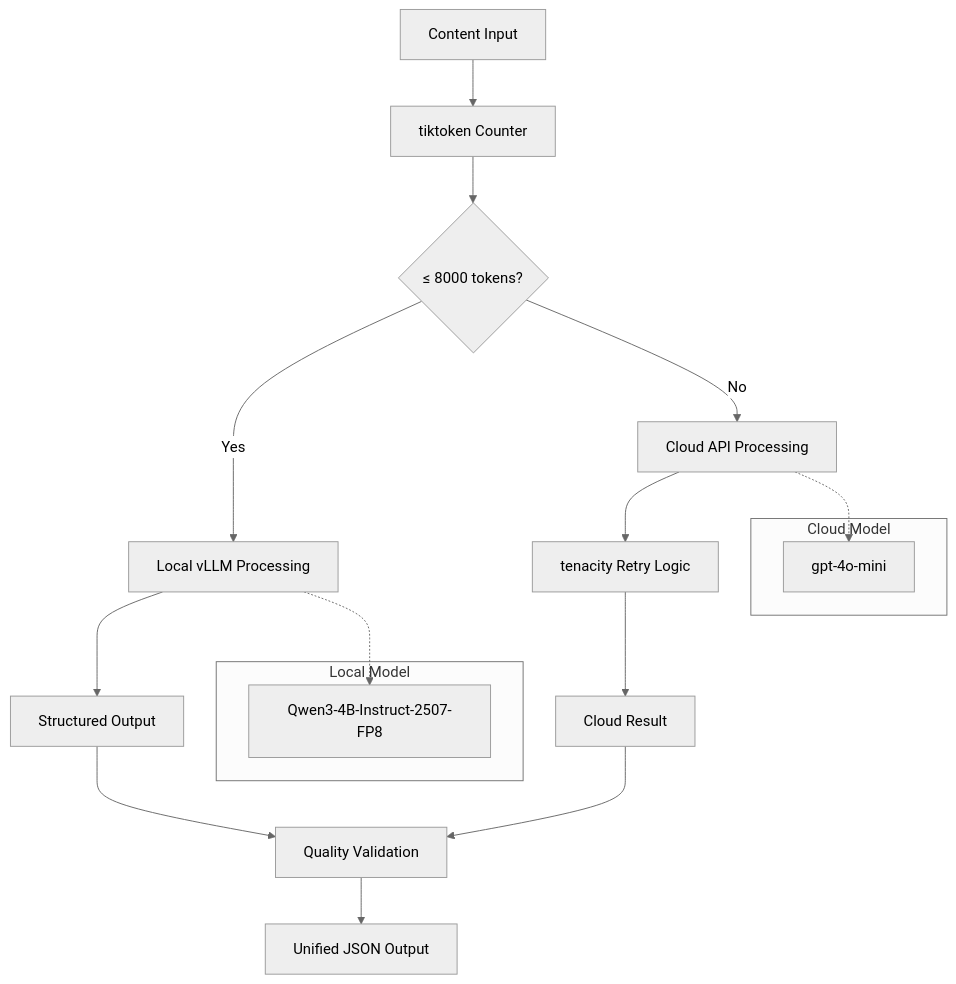
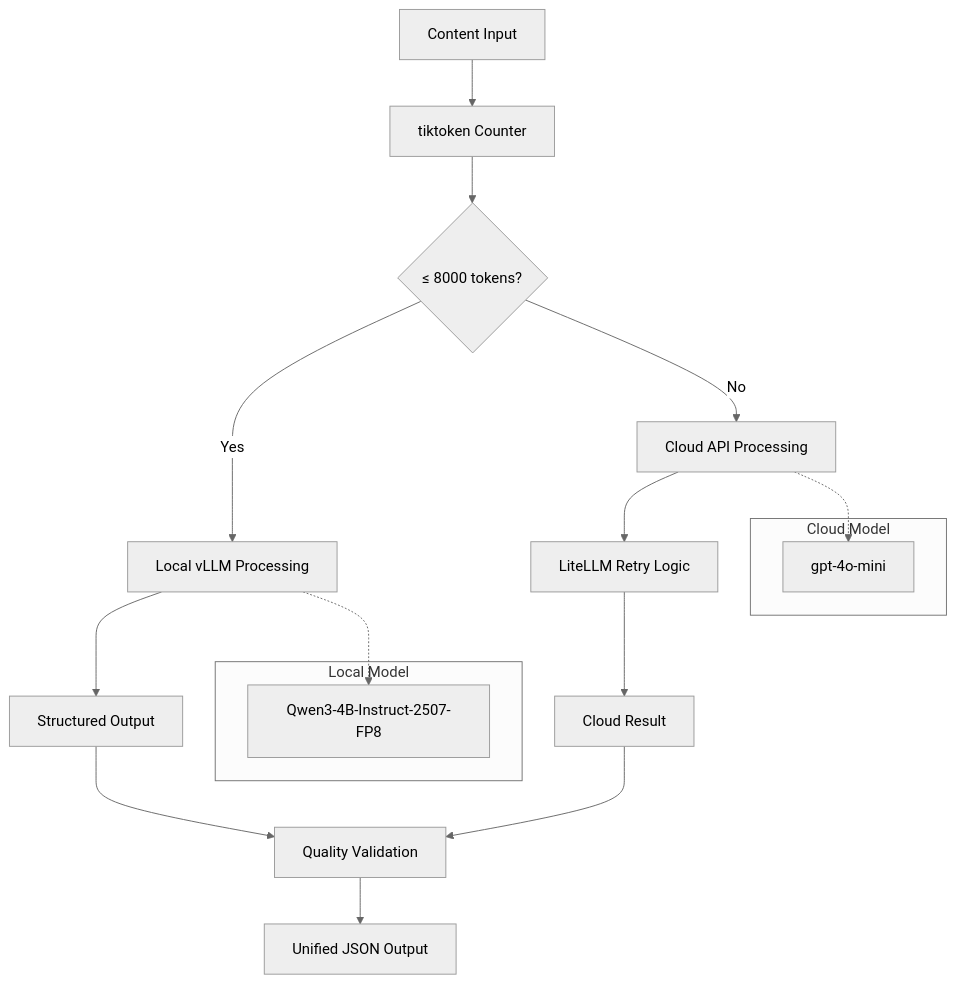
One commit to BjornMelin/ai-job-scraper changed the first of 2 diagrams in docs/adrs/ADR-008-optimized-token-thresholds.md. Above: the diagram before and after it, drawn with Mermaid (neutral theme). The commit also changed other lines of this file and 12 other files, not shown here.

````diff
--- a/docs/adrs/ADR-008-optimized-token-thresholds.md
+++ b/docs/adrs/ADR-008-optimized-token-thresholds.md
@@ -60,26 +60,26 @@
 ```mermaid
 flowchart TD
     A[Content Input] --> B[tiktoken Counter]
     B --> C{"≤ 8000 tokens?"}
     C -->|Yes| D[Local vLLM Processing]
     C -->|No| E[Cloud API Processing]
     
     D --> F[Structured Output]
-    E --> G[tenacity Retry Logic]
+    E --> G[LiteLLM Retry Logic]
     G --> H[Cloud Result]
     
     F --> I[Quality Validation]
     H --> I
     I --> J[Unified JSON Output]
     
     subgraph "Local Model"
         K[Qwen3-4B-Instruct-2507-FP8]
     end
     
     subgraph "Cloud Model"
         L[gpt-4o-mini]
     end
     
     D -.-> K
     E -.-> L
 ```
````
